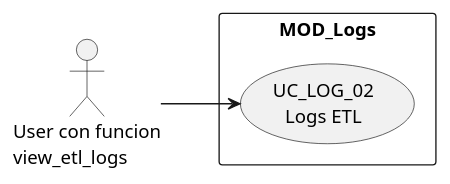
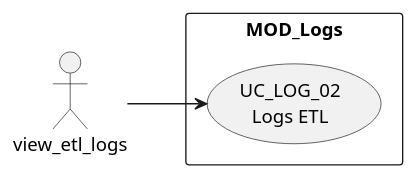
One commit to jcg-admin/IACT-docs changed the diagram in source/requisitos/casos-uso/logs/uc-log-02/diagramas-uml.rst. Above: the diagram before and after it, drawn with PlantUML. The commit also changed 77 other files, not shown here.

First line of the commit message:
Enforce RBAC function names as actors in all UML diagrams

```diff
--- a/source/requisitos/casos-uso/logs/uc-log-02/diagramas-uml.rst
+++ b/source/requisitos/casos-uso/logs/uc-log-02/diagramas-uml.rst
@@ -10,10 +10,10 @@
 .. uml::
 
  @startuml
  left to right direction
- actor "User con funcion\nview_etl_logs" as USR
+ actor "view_etl_logs" as USR
  rectangle "MOD_Logs" {
    usecase "UC_LOG_02\nLogs ETL" as UC02
  }
  USR --> UC02
  @enduml
```
